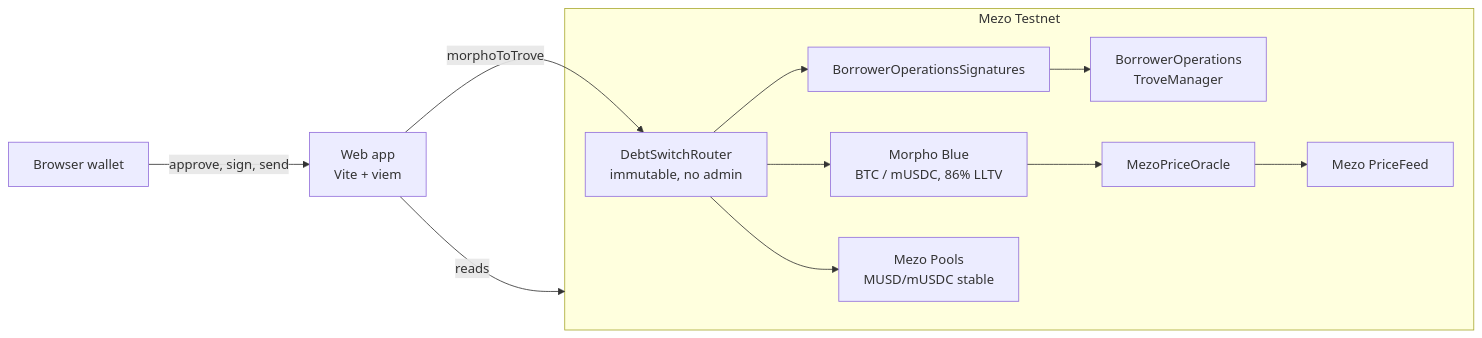
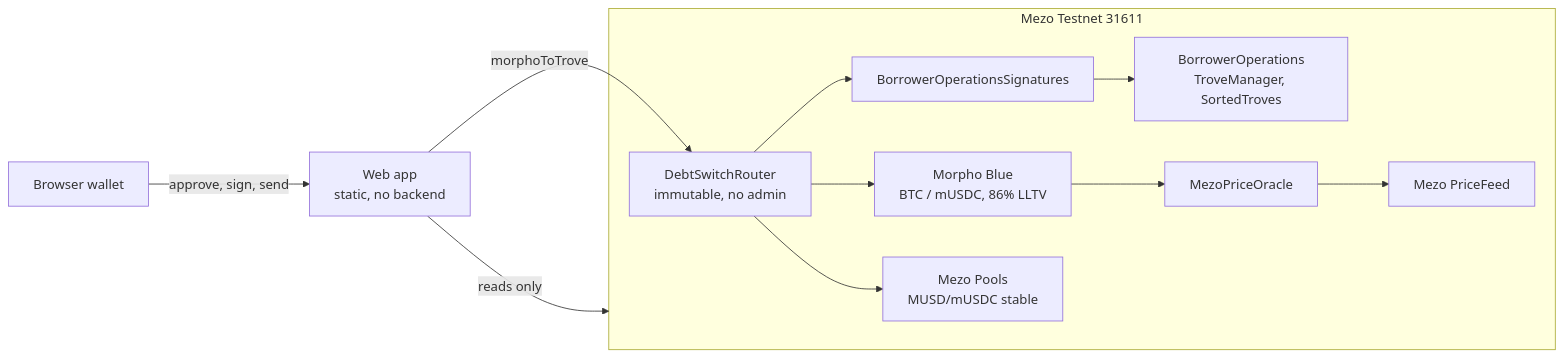
The second of 2 diagrams in README.md (mystiquemide/debt-switch), drawn with Mermaid before and after one commit. The commit also changed other lines of this file and 6 other files, not shown here.

````diff
--- a/README.md
+++ b/README.md
@@ -66,14 +259,14 @@
 ```mermaid
 flowchart LR
-    W[Browser wallet] -->|approve, sign, send| APP[Web app<br/>Vite + viem]
-    APP -->|reads| CHAIN
+    W[Browser wallet] -->|approve, sign, send| APP[Web app<br/>static, no backend]
+    APP -->|reads only| CHAIN
     APP -->|morphoToTrove| R[DebtSwitchRouter<br/>immutable, no admin]
 
-    subgraph CHAIN[Mezo Testnet]
+    subgraph CHAIN[Mezo Testnet 31611]
       R --> M[Morpho Blue<br/>BTC / mUSDC, 86% LLTV]
       R --> S[BorrowerOperationsSignatures]
-      S --> BO[BorrowerOperations<br/>TroveManager]
+      S --> BO[BorrowerOperations<br/>TroveManager, SortedTroves]
       R --> P[Mezo Pools<br/>MUSD/mUSDC stable]
       M --> O[MezoPriceOracle] --> PF[Mezo PriceFeed]
     end
 ```
````
